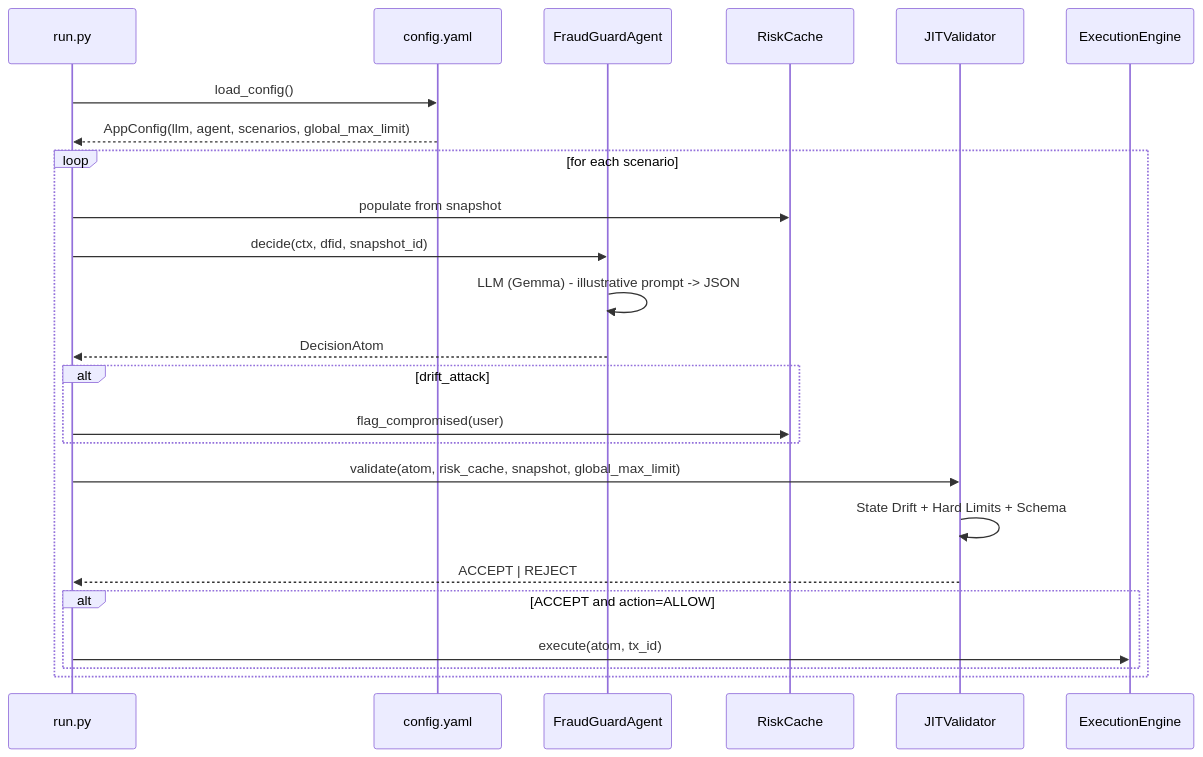
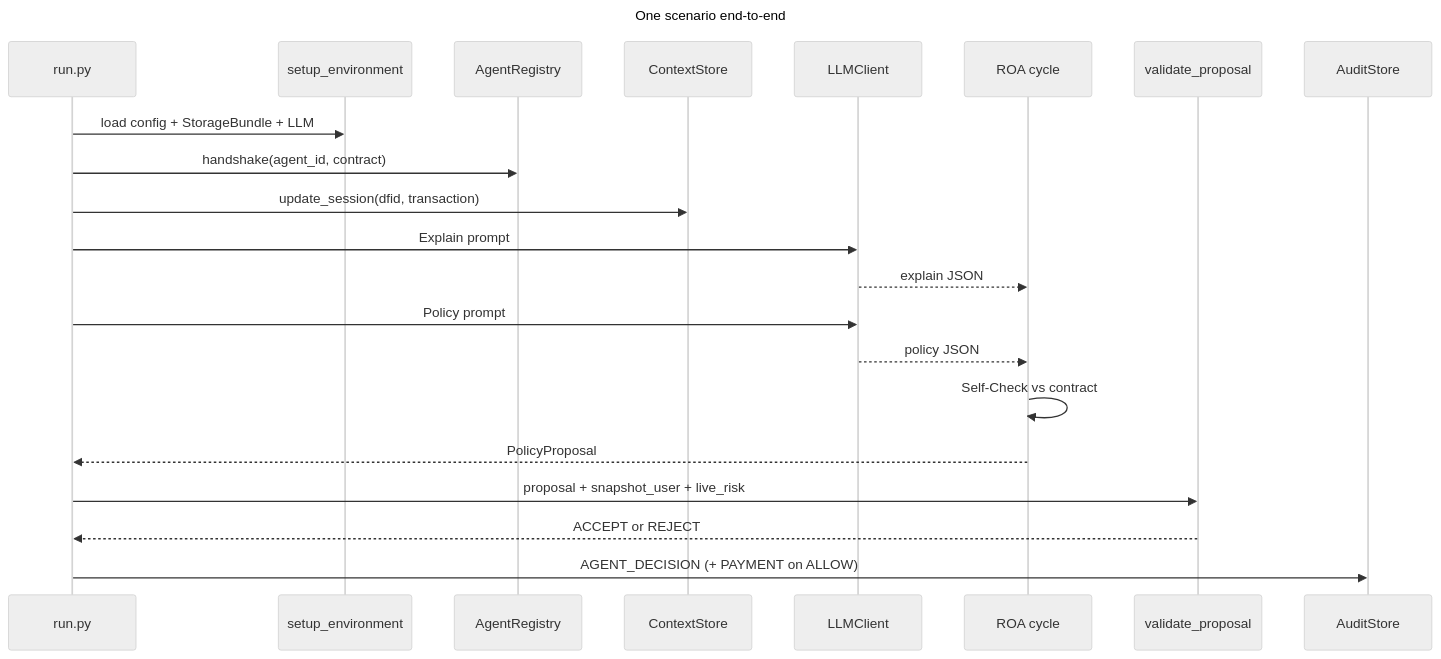
One commit to huka81/decision-intelligence-runtime changed the third of 3 diagrams in samples/32_fraud_gate/README.md. Above: the diagram before and after it, drawn with Mermaid. The commit also changed other lines of this file and 19 other files, not shown here.

````diff
--- a/samples/32_fraud_gate/README.md
+++ b/samples/32_fraud_gate/README.md
@@ -57,31 +111,31 @@
 ```mermaid
+---
+title: One scenario end-to-end
+config:
+  layout: elk
+  theme: neutral
+  look: classic
+---
 sequenceDiagram
     participant Run as run.py
-    participant CFG as config.yaml
-    participant Agent as FraudGuardAgent
-    participant RC as RiskCache
-    participant JIT as JITValidator
-    participant Exec as ExecutionEngine
+    participant Boot as setup_environment
+    participant Reg as AgentRegistry
+    participant Store as ContextStore
+    participant LLM as LLMClient
+    participant Agent as ROA cycle
+    participant DIM as validate_proposal
+    participant Aud as AuditStore
 
-    Run->>CFG: load_config()
-    CFG-->>Run: AppConfig(llm, agent, scenarios, global_max_limit)
-
-    loop for each scenario
-        Run->>RC: populate from snapshot
-        Run->>Agent: decide(ctx, dfid, snapshot_id)
-        Agent->>Agent: LLM (Gemma) - illustrative prompt -> JSON
-        Agent-->>Run: DecisionAtom
-
-        alt drift_attack
-            Run->>RC: flag_compromised(user)
-        end
-
-        Run->>JIT: validate(atom, risk_cache, snapshot, global_max_limit)
-        JIT->>JIT: State Drift + Hard Limits + Schema
-        JIT-->>Run: ACCEPT | REJECT
-
-        alt ACCEPT and action=ALLOW
-            Run->>Exec: execute(atom, tx_id)
-        end
-    end
+    Run->>Boot: load config + StorageBundle + LLM
+    Run->>Reg: handshake(agent_id, contract)
+    Run->>Store: update_session(dfid, transaction)
+    Run->>LLM: Explain prompt
+    LLM-->>Agent: explain JSON
+    Run->>LLM: Policy prompt
+    LLM-->>Agent: policy JSON
+    Agent->>Agent: Self-Check vs contract
+    Agent-->>Run: PolicyProposal
+    Run->>DIM: proposal + snapshot_user + live_risk
+    DIM-->>Run: ACCEPT or REJECT
+    Run->>Aud: AGENT_DECISION (+ PAYMENT on ALLOW)
 ```
````
